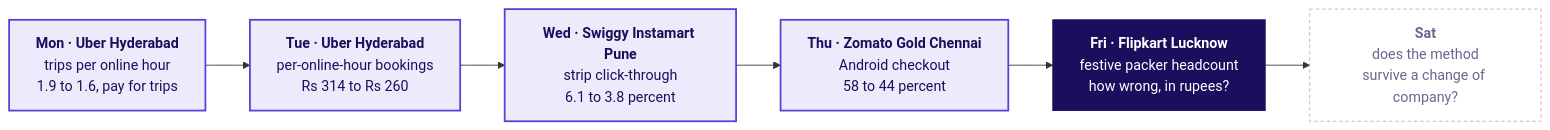
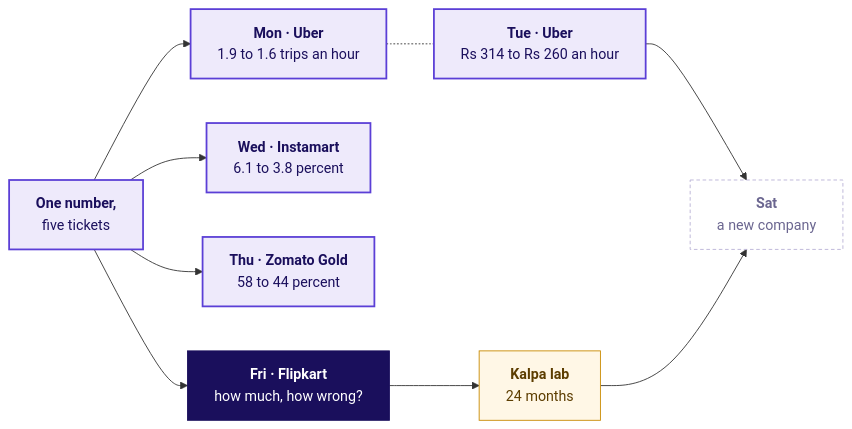
Before and after one commit to fde-academy-lab/c2-content-factory: the first of 3 diagrams in content/W04/D5/slides/C2_W04_D05_half1_STUDENT.md, drawn with Mermaid. The commit also changed other lines of this file and 48 other files, not shown here.

````diff
--- a/content/W04/D5/slides/C2_W04_D05_half1_STUDENT.md
+++ b/content/W04/D5/slides/C2_W04_D05_half1_STUDENT.md
@@ -44,16 +47,27 @@
 ```mermaid
 flowchart LR
-    M["<b>Mon · Uber Hyderabad</b><br/>trips per online hour<br/>1.9 to 1.6, pay for trips"]
-    T["<b>Tue · Uber Hyderabad</b><br/>per-online-hour bookings<br/>Rs 314 to Rs 260"]
-    W["<b>Wed · Swiggy Instamart Pune</b><br/>strip click-through<br/>6.1 to 3.8 percent"]
-    H["<b>Thu · Zomato Gold Chennai</b><br/>Android checkout<br/>58 to 44 percent"]
-    F["<b>Fri · Flipkart Lucknow</b><br/>festive packer headcount<br/>how wrong, in rupees?"]
-    S["<b>Sat</b><br/>does the method<br/>survive a change of company?"]
-    M --> T --> W --> H --> F --> S
+    C["<b>One number,</b><br/>five tickets"]
+    M["<b>Mon · Uber</b><br/>1.9 to 1.6 trips an hour"]
+    T["<b>Tue · Uber</b><br/>Rs 314 to Rs 260 an hour"]
+    W["<b>Wed · Instamart</b><br/>6.1 to 3.8 percent"]
+    H["<b>Thu · Zomato Gold</b><br/>58 to 44 percent"]
+    F["<b>Fri · Flipkart</b><br/>how much, how wrong?"]
+    S["<b>Sat</b><br/>a new company"]
+    K["<b>Kalpa lab</b><br/>24 months"]
+    C --> M
+    C --> W
+    C --> H
+    C --> F
+    M -.- T
+    F --> K
+    T --> S
+    K --> S
     classDef lit fill:#1A0F5C,stroke:#1A0F5C,color:#FFFFFF
     classDef known fill:#EEEAFB,stroke:#5B3FD6,color:#1A0F5C,stroke-width:2px
     classDef unknown fill:#FFFFFF,stroke:#B8B2D6,color:#6B6690,stroke-dasharray:4 3
-    class M,T,W,H known
+    classDef kalpa fill:#FFF7E6,stroke:#C98A00,color:#5C3D00
+    class C,M,T,W,H known
     class F lit
     class S unknown
+    class K kalpa
 ```
````
